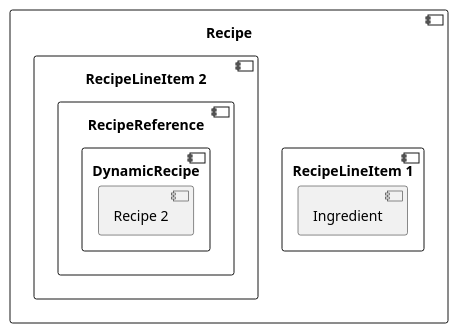
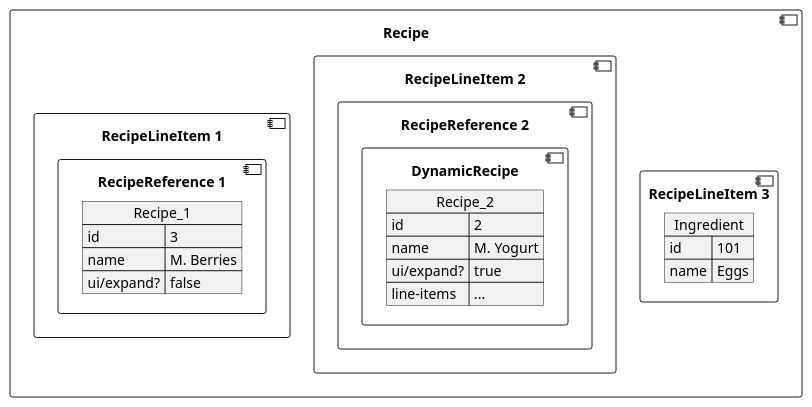
Before and after one commit to fulcro-community/fulcro-cookbook: the second of 2 diagrams in cookbook/dynamic-recursion/dynamic-recursion.adoc, drawn with PlantUML. The commit also changed other lines of this file and 8 other files, not shown here.

Commit message:
Add df/load diagram, more text, bb render

```diff
--- a/cookbook/dynamic-recursion/dynamic-recursion.adoc
+++ b/cookbook/dynamic-recursion/dynamic-recursion.adoc
@@ -122,17 +133,37 @@
 [plantuml,components,png]
 .... 
 @startuml
 component "Recipe" {
+
+  component "RecipeLineItem 3" {
+    json Ingredient {
+      "id": "101",
+      "name": "Eggs"
+    }
+  }
+
+  component "RecipeLineItem 2" {
+    component "RecipeReference 2" {
+      component "DynamicRecipe" {
+        json Recipe_2 {
+        "id": "2",
+        "name": "M. Yogurt",
+        "ui/expand?": true,
+        "line-items": "..."
+        }
+      }
+    }
+  }
+
   component "RecipeLineItem 1" {
-    component "Ingredient"
-  }
-  component "RecipeLineItem 2" {
-    component "RecipeReference" {
-      component "DynamicRecipe" {
-        component "Recipe 2"
+    component "RecipeReference 1" {
+      json Recipe_1 {
+        "id": "3",
+        "name": "M. Berries",
+        "ui/expand?": false
       }
     }
   }
 }
 @enduml
 ....
```
